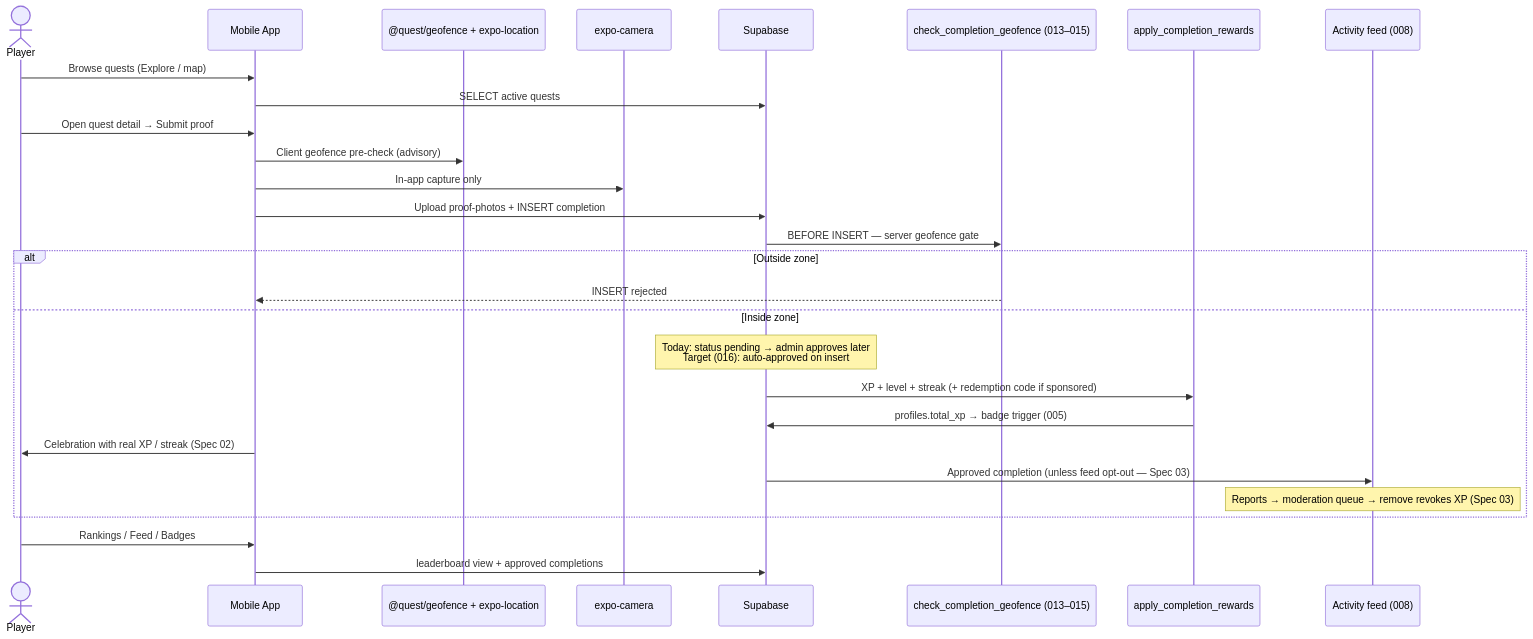
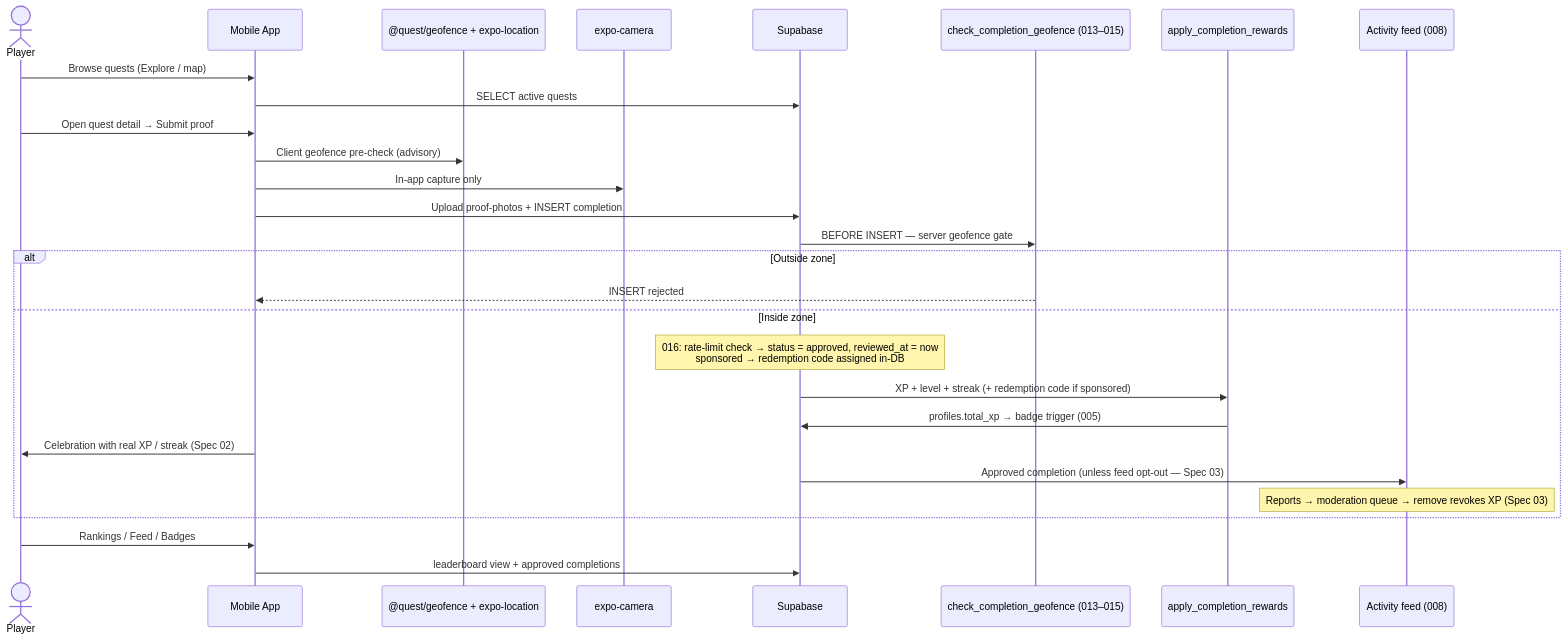
Before and after one commit to Rahilyw/Quest: the fourth of 6 diagrams in ARCHITECTURE.md, drawn with Mermaid. The commit also changed other lines of this file and 35 other files, not shown here.

````diff
--- a/ARCHITECTURE.md
+++ b/ARCHITECTURE.md
@@ -128,33 +128,33 @@
 ```mermaid
 sequenceDiagram
     actor Player
     participant Mobile as Mobile App
     participant Geo as @quest/geofence + expo-location
     participant Camera as expo-camera
     participant SB as Supabase
     participant GeoTrig as check_completion_geofence (013–015)
     participant Reward as apply_completion_rewards
     participant Feed as Activity feed (008)
 
     Player->>Mobile: Browse quests (Explore / map)
     Mobile->>SB: SELECT active quests
     Player->>Mobile: Open quest detail → Submit proof
     Mobile->>Geo: Client geofence pre-check (advisory)
     Mobile->>Camera: In-app capture only
     Mobile->>SB: Upload proof-photos + INSERT completion
 
     SB->>GeoTrig: BEFORE INSERT — server geofence gate
     alt Outside zone
         GeoTrig-->>Mobile: INSERT rejected
     else Inside zone
-        Note over SB: Today: status pending → admin approves later<br/>Target (016): auto-approved on insert
+        Note over SB: 016: rate-limit check → status = approved, reviewed_at = now<br/>sponsored → redemption code assigned in-DB
         SB->>Reward: XP + level + streak (+ redemption code if sponsored)
         Reward->>SB: profiles.total_xp → badge trigger (005)
         Mobile->>Player: Celebration with real XP / streak (Spec 02)
         SB->>Feed: Approved completion (unless feed opt-out — Spec 03)
         Note over Feed: Reports → moderation queue → remove revokes XP (Spec 03)
     end
 
     Player->>Mobile: Rankings / Feed / Badges
     Mobile->>SB: leaderboard view + approved completions
 ```
````
